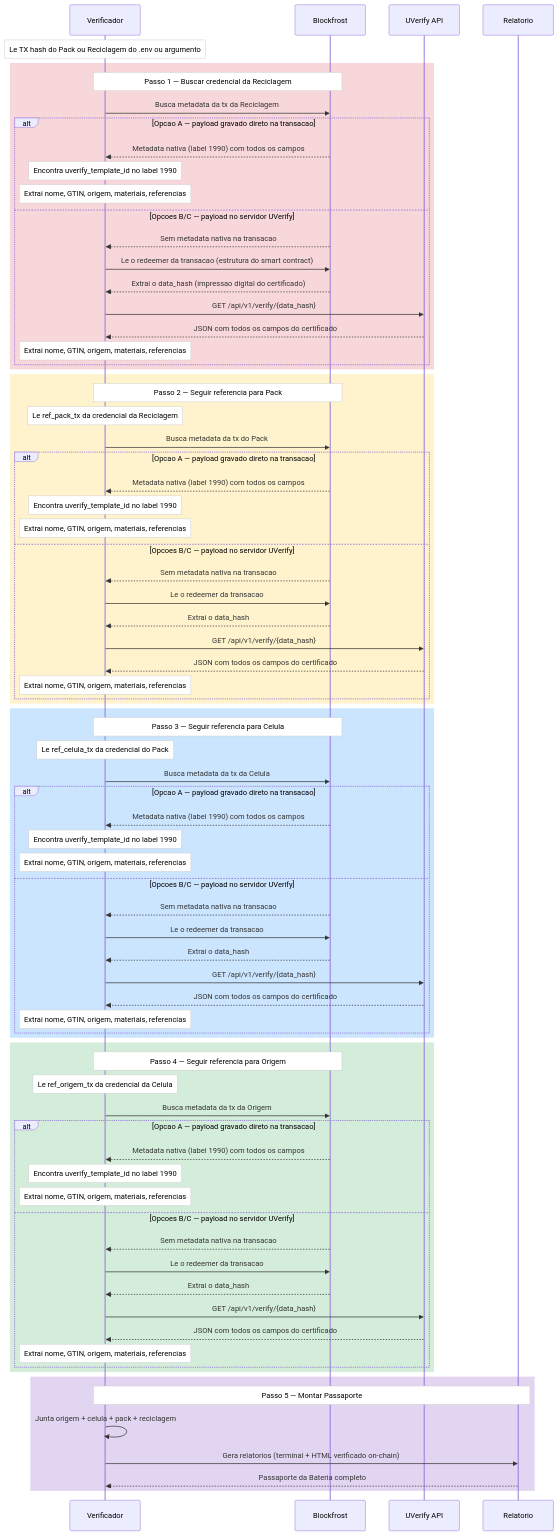
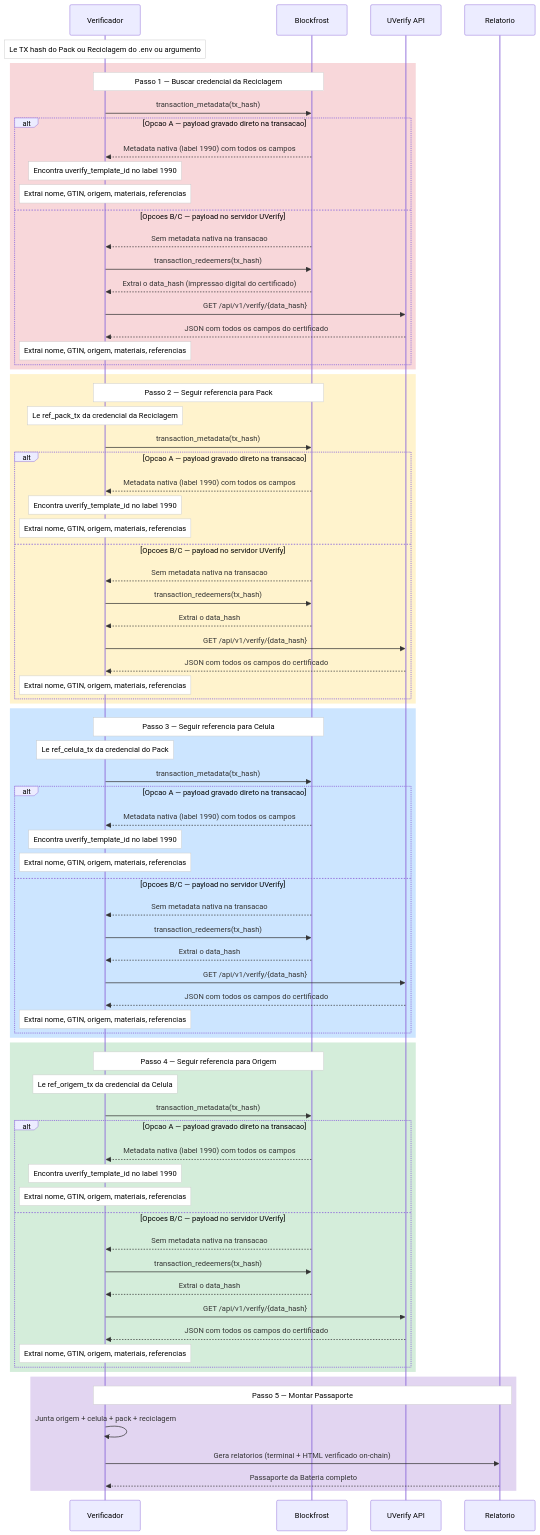
The fifth of 6 diagrams in arquitetura-dpp.md (darlisagc/cardano-battery-passport), drawn with Mermaid before and after one commit.

Commit message:
Show actual Blockfrost API calls in sequence diagram
Replace generic descriptions with real method names:
transaction_metadata() and transaction_redeemers().

```diff
--- a/arquitetura-dpp.md
+++ b/arquitetura-dpp.md
@@ -303,14 +303,14 @@
 
     rect rgb(248, 215, 218)
     Note over V,BF: Passo 1 — Buscar credencial da Reciclagem
-    V->>BF: Busca metadata da tx da Reciclagem
+    V->>BF: transaction_metadata(tx_hash)
     alt Opcao A — payload gravado direto na transacao
         BF-->>V: Metadata nativa (label 1990) com todos os campos
         Note over V: Encontra uverify_template_id no label 1990
         Note over V: Extrai nome, GTIN, origem, materiais, referencias
     else Opcoes B/C — payload no servidor UVerify
         BF-->>V: Sem metadata nativa na transacao
-        V->>BF: Le o redeemer da transacao (estrutura do smart contract)
+        V->>BF: transaction_redeemers(tx_hash)
         BF-->>V: Extrai o data_hash (impressao digital do certificado)
         V->>UV: GET /api/v1/verify/{data_hash}
         UV-->>V: JSON com todos os campos do certificado
@@ -321,14 +321,14 @@
     rect rgb(255, 243, 205)
     Note over V,BF: Passo 2 — Seguir referencia para Pack
     Note over V: Le ref_pack_tx da credencial da Reciclagem
-    V->>BF: Busca metadata da tx do Pack
+    V->>BF: transaction_metadata(tx_hash)
     alt Opcao A — payload gravado direto na transacao
         BF-->>V: Metadata nativa (label 1990) com todos os campos
         Note over V: Encontra uverify_template_id no label 1990
         Note over V: Extrai nome, GTIN, origem, materiais, referencias
     else Opcoes B/C — payload no servidor UVerify
         BF-->>V: Sem metadata nativa na transacao
-        V->>BF: Le o redeemer da transacao
+        V->>BF: transaction_redeemers(tx_hash)
         BF-->>V: Extrai o data_hash
         V->>UV: GET /api/v1/verify/{data_hash}
         UV-->>V: JSON com todos os campos do certificado
@@ -339,14 +339,14 @@
     rect rgb(204, 229, 255)
     Note over V,BF: Passo 3 — Seguir referencia para Celula
     Note over V: Le ref_celula_tx da credencial do Pack
-    V->>BF: Busca metadata da tx da Celula
+    V->>BF: transaction_metadata(tx_hash)
     alt Opcao A — payload gravado direto na transacao
         BF-->>V: Metadata nativa (label 1990) com todos os campos
         Note over V: Encontra uverify_template_id no label 1990
         Note over V: Extrai nome, GTIN, origem, materiais, referencias
     else Opcoes B/C — payload no servidor UVerify
         BF-->>V: Sem metadata nativa na transacao
-        V->>BF: Le o redeemer da transacao
+        V->>BF: transaction_redeemers(tx_hash)
         BF-->>V: Extrai o data_hash
         V->>UV: GET /api/v1/verify/{data_hash}
         UV-->>V: JSON com todos os campos do certificado
@@ -357,14 +357,14 @@
     rect rgb(212, 237, 218)
     Note over V,BF: Passo 4 — Seguir referencia para Origem
     Note over V: Le ref_origem_tx da credencial da Celula
-    V->>BF: Busca metadata da tx da Origem
+    V->>BF: transaction_metadata(tx_hash)
     alt Opcao A — payload gravado direto na transacao
         BF-->>V: Metadata nativa (label 1990) com todos os campos
         Note over V: Encontra uverify_template_id no label 1990
         Note over V: Extrai nome, GTIN, origem, materiais, referencias
     else Opcoes B/C — payload no servidor UVerify
         BF-->>V: Sem metadata nativa na transacao
-        V->>BF: Le o redeemer da transacao
+        V->>BF: transaction_redeemers(tx_hash)
         BF-->>V: Extrai o data_hash
         V->>UV: GET /api/v1/verify/{data_hash}
         UV-->>V: JSON com todos os campos do certificado
```
